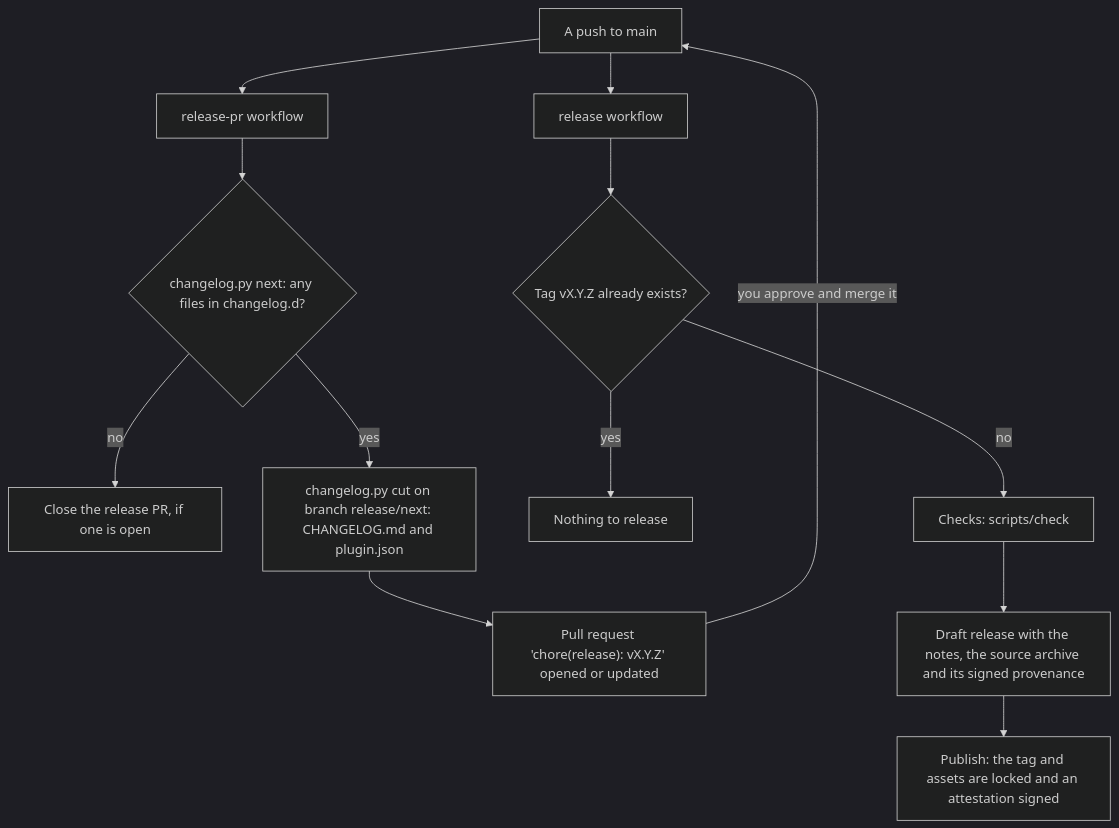
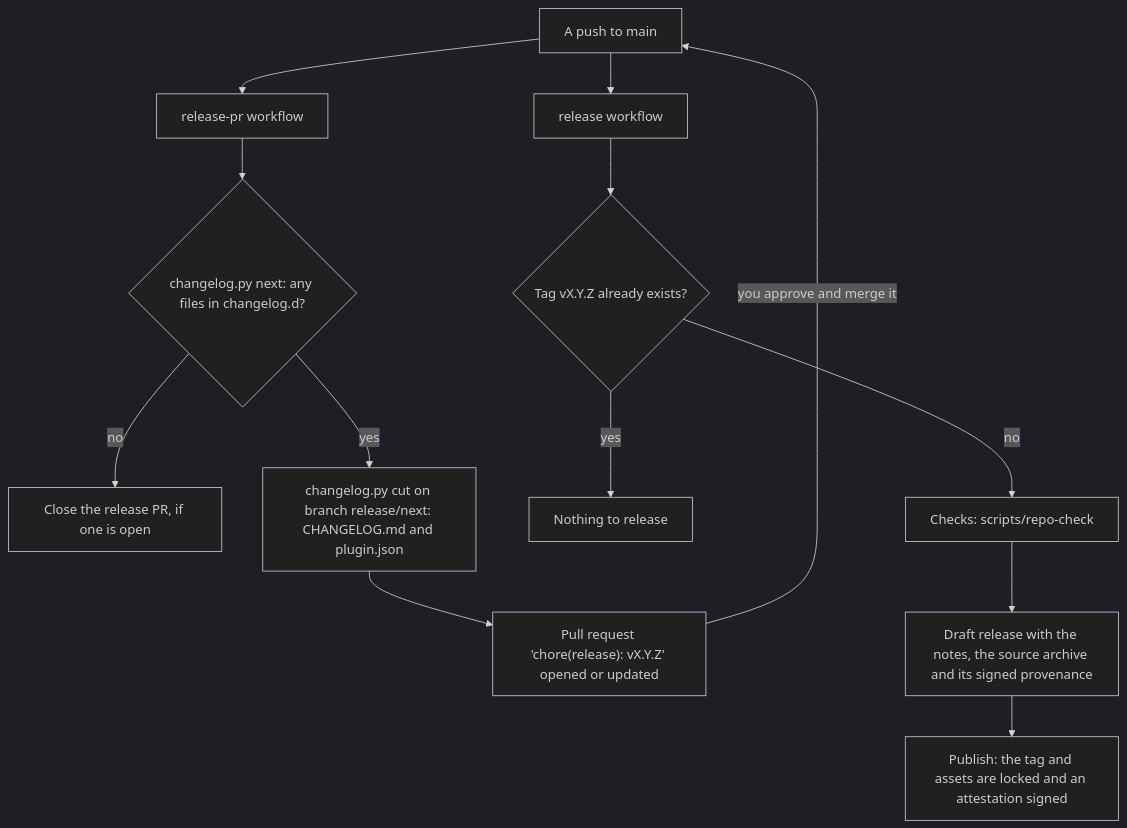
Before and after one commit to bugrauluyurt/homelab-media-stack: the diagram in docs/operations/releasing.md, drawn with Mermaid (dark theme). The commit also changed other lines of this file and 200 other files, not shown here.

First line of the commit message:
refactor!: reorganize the repo layout and name scripts by area (#34)

````diff
--- a/docs/operations/releasing.md
+++ b/docs/operations/releasing.md
@@ -47,15 +47,15 @@
 ```mermaid
 flowchart TD
     push["A push to main"] --> rpr["release-pr workflow"]
     rpr --> nxt{"changelog.py next: any files in changelog.d?"}
     nxt -->|no| close["Close the release PR, if one is open"]
     nxt -->|yes| cut["changelog.py cut on branch release/next: CHANGELOG.md and plugin.json"]
     cut --> pr["Pull request 'chore(release): vX.Y.Z' opened or updated"]
     pr -->|"you approve and merge it"| push
     push --> rel["release workflow"]
     rel --> tag{"Tag vX.Y.Z already exists?"}
     tag -->|yes| skip["Nothing to release"]
-    tag -->|no| checks["Checks: scripts/check"]
+    tag -->|no| checks["Checks: scripts/repo-check"]
     checks --> draft["Draft release with the notes, the source archive and its signed provenance"]
     draft --> publish["Publish: the tag and assets are locked and an attestation signed"]
 ```
````
